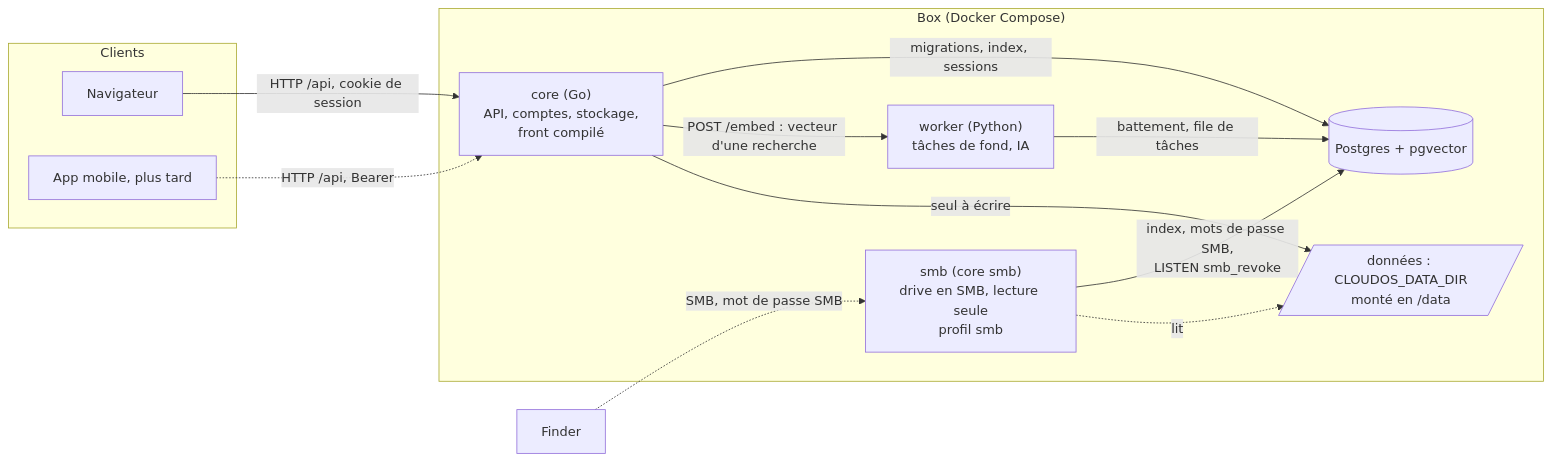
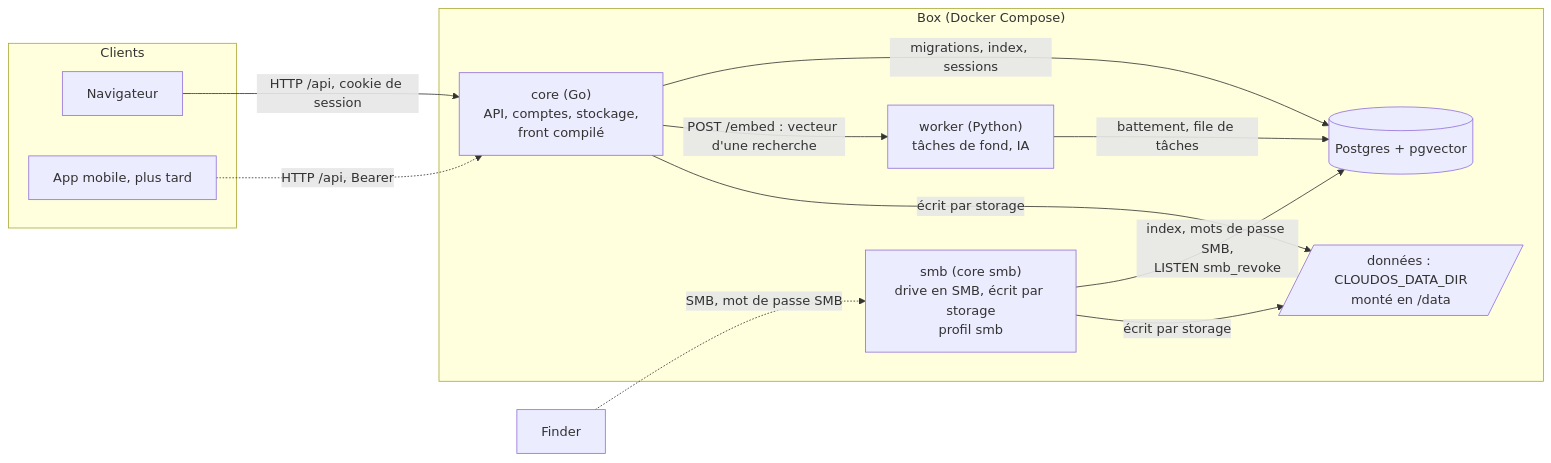
Before and after one commit to C2-POLY/cloud-os: the first of 3 diagrams in docs/architecture/overview.md, drawn with Mermaid. The commit also changed other lines of this file and 35 other files, not shown here.

First line of the commit message:
feat(drive): write to the drive over SMB through storage (#106)

````diff
--- a/docs/architecture/overview.md
+++ b/docs/architecture/overview.md
@@ -8,23 +8,23 @@
 ```mermaid
 flowchart LR
     subgraph Clients
         W[Navigateur]
         M[App mobile, plus tard]
     end
     subgraph Box["Box (Docker Compose)"]
         C["core (Go)<br/>API, comptes, stockage,<br/>front compilé"]
         K["worker (Python)<br/>tâches de fond, IA"]
-        S["smb (core smb)<br/>drive en SMB, lecture seule<br/>profil smb"]
+        S["smb (core smb)<br/>drive en SMB, écrit par storage<br/>profil smb"]
         DB[("Postgres + pgvector")]
         D[/"données : CLOUDOS_DATA_DIR<br/>monté en /data"/]
     end
     F[Finder] -. "SMB, mot de passe SMB" .-> S
     W -- "HTTP /api, cookie de session" --> C
     M -. "HTTP /api, Bearer" .-> C
     C -- "migrations, index, sessions" --> DB
     K -- "battement, file de tâches" --> DB
     C -- "POST /embed : vecteur d'une recherche" --> K
-    C -- "seul à écrire" --> D
+    C -- "écrit par storage" --> D
     S -- "index, mots de passe SMB,<br/>LISTEN smb_revoke" --> DB
-    S -. "lit" .-> D
+    S -- "écrit par storage" --> D
 ```
````
